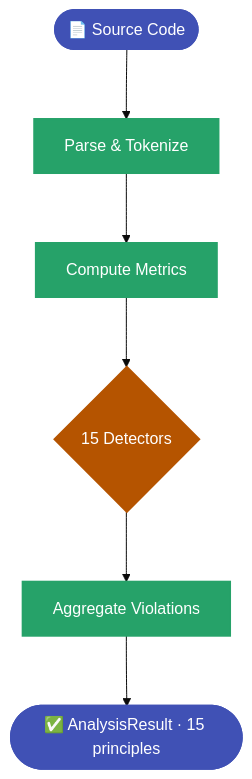
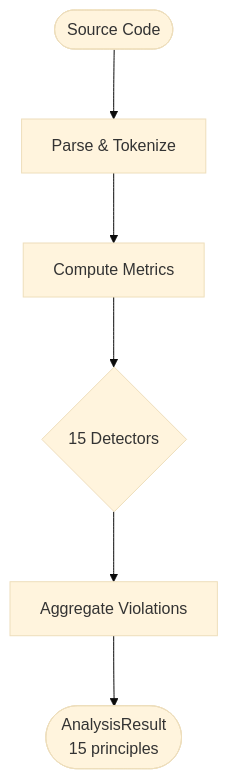
The third of 4 diagrams in docs/user-guide/languages/powershell.md (Anselmoo/mcp-zen-of-languages), drawn with Mermaid before and after one commit. The commit also changed other lines of this file and 18 other files, not shown here.

````diff
--- a/docs/user-guide/languages/powershell.md
+++ b/docs/user-guide/languages/powershell.md
@@ -562,16 +496,9 @@
     ```mermaid
-%%{init: {"theme": "base", "flowchart": {"useMaxWidth": false, "htmlLabels": true, "nodeSpacing": 50, "rankSpacing": 70}}}%%
+    %%{init: {"theme": "base", "flowchart": {"useMaxWidth": false, "htmlLabels": true, "nodeSpacing": 50, "rankSpacing": 70}}}%%
     flowchart TD
-    Source(["📄 Source Code"]) --> Parse["Parse & Tokenize"]
+    Source(["Source Code"]) --> Parse["Parse & Tokenize"]
     Parse --> Metrics["Compute Metrics"]
     Metrics --> Pipeline{"15 Detectors"}
     Pipeline --> Collect["Aggregate Violations"]
-    Collect --> Result(["✅ AnalysisResult · 15 principles"])
-
-    classDef io fill:#4051b5,color:#ffffff,stroke:#4051b5,stroke-width:2px
-    classDef process fill:#26a269,color:#ffffff,stroke:#26a269,stroke-width:2px
-    classDef decision fill:#b55400,color:#ffffff,stroke:#b55400,stroke-width:2px
-    class Source,Result io
-    class Parse,Metrics,Collect process
-    class Pipeline decision
+    Collect --> Result(["AnalysisResult<br/>15 principles"])
     ```
````
